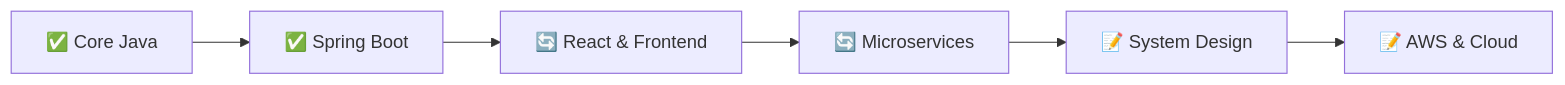
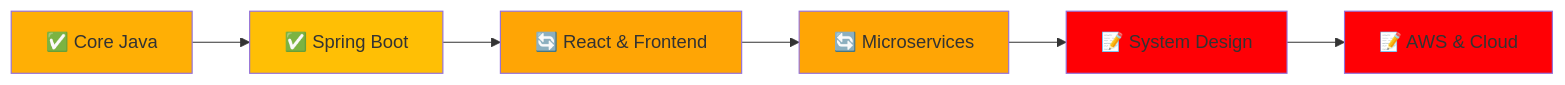
Before and after one commit to ShubhamKRay/ShubhamKRay: the diagram in README.md, drawn with Mermaid.

Commit message:
Change color styles in mermaid diagram
Updated the color styles in the mermaid diagram for better visibility.

````````````````diff
--- a/README.md
+++ b/README.md
@@ -278,15 +278,15 @@
-`````````````mermaid
+```mermaid
 graph LR
     A[✅ Core Java] --> B[✅ Spring Boot]
     B --> C[🔄 React & Frontend]
     C --> D[🔄 Microservices]
     D --> E[📝 System Design]
     E --> F[📝 AWS & Cloud]
     
-    style A fill:#1AF05
-    style B fill:#PBF05
-    style C fill:#MFA505
-    style D fill:#LFA505
-    style E fill:#JF0005
-    style F fill:#HF0005
-```````````````
+    style A fill:#FFAF05
+    style B fill:#FFBF05
+    style C fill:#FFA505
+    style D fill:#FFA505
+    style E fill:#FF0005
+    style F fill:#FF0005
+```
````````````````
